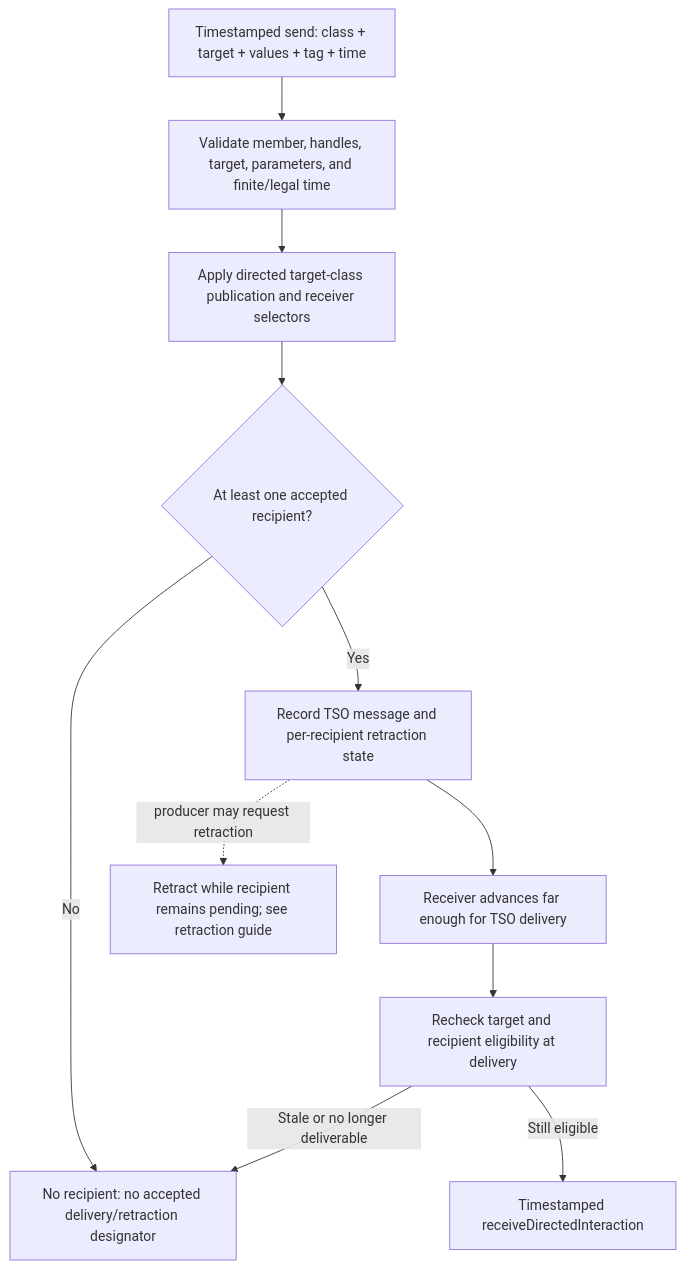
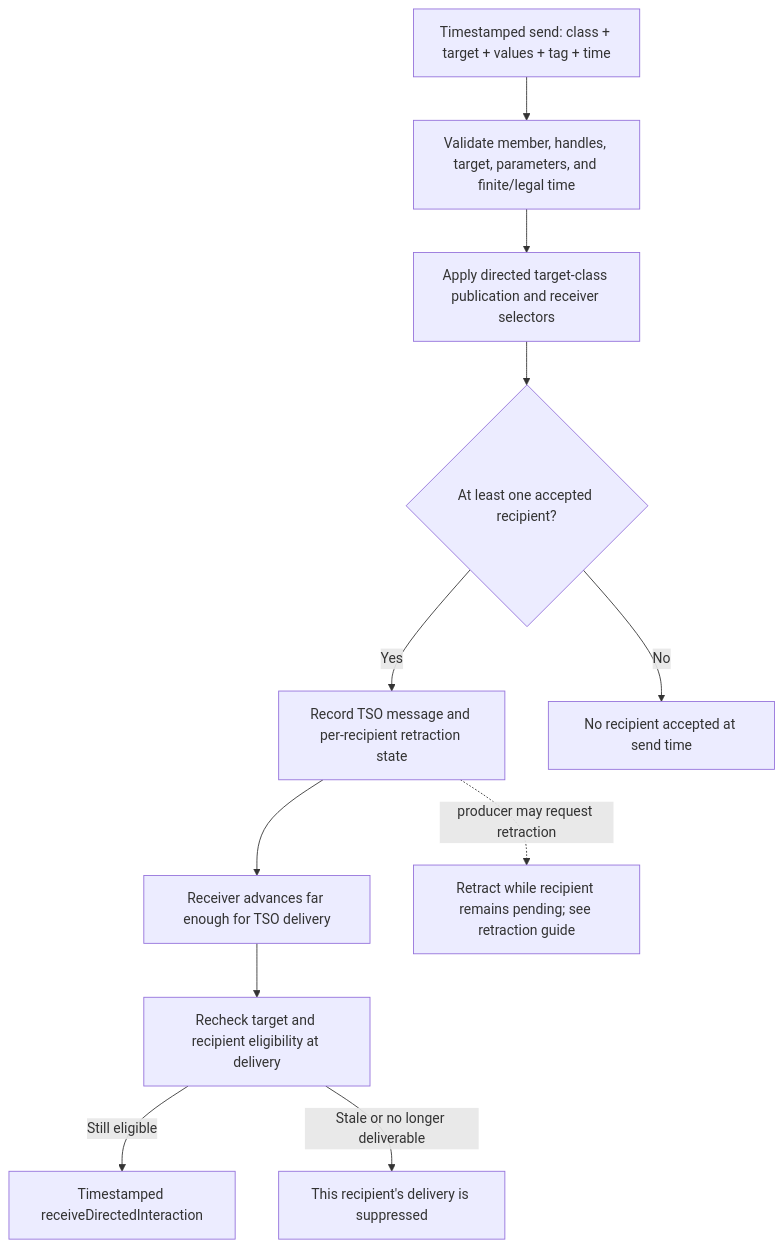
Before and after one commit to sheepfling/umbra: the third of 3 diagrams in docs/design/HLA-2025-DIRECTED-INTERACTION-FLOW-GUIDE.md, drawn with Mermaid. The commit also changed other lines of this file, not shown here.

Commit message:
docs: clarify directed interaction delivery flow

````diff
--- a/docs/design/HLA-2025-DIRECTED-INTERACTION-FLOW-GUIDE.md
+++ b/docs/design/HLA-2025-DIRECTED-INTERACTION-FLOW-GUIDE.md
@@ -151,20 +151,21 @@
 ```mermaid
 flowchart TD
   Call[Timestamped send: class + target + values + tag + time]
   Validate[Validate member, handles, target, parameters, and finite/legal time]
   Route[Apply directed target-class publication and receiver selectors]
   Fanout{At least one accepted recipient?}
   Queue[Record TSO message and per-recipient retraction state]
-  NoRecipient[No recipient: no accepted delivery/retraction designator]
+  NoRecipient[No recipient accepted at send time]
+  Suppressed[This recipient's delivery is suppressed]
   Grant[Receiver advances far enough for TSO delivery]
   Recheck[Recheck target and recipient eligibility at delivery]
   Callback[Timestamped receiveDirectedInteraction]
   Retract[Retract while recipient remains pending; see retraction guide]
   Call --> Validate --> Route --> Fanout
   Fanout -->|No| NoRecipient
   Fanout -->|Yes| Queue
   Queue --> Grant --> Recheck
   Recheck -->|Still eligible| Callback
-  Recheck -->|Stale or no longer deliverable| NoRecipient
+  Recheck -->|Stale or no longer deliverable| Suppressed
   Queue -. producer may request retraction .-> Retract
 ```
````
